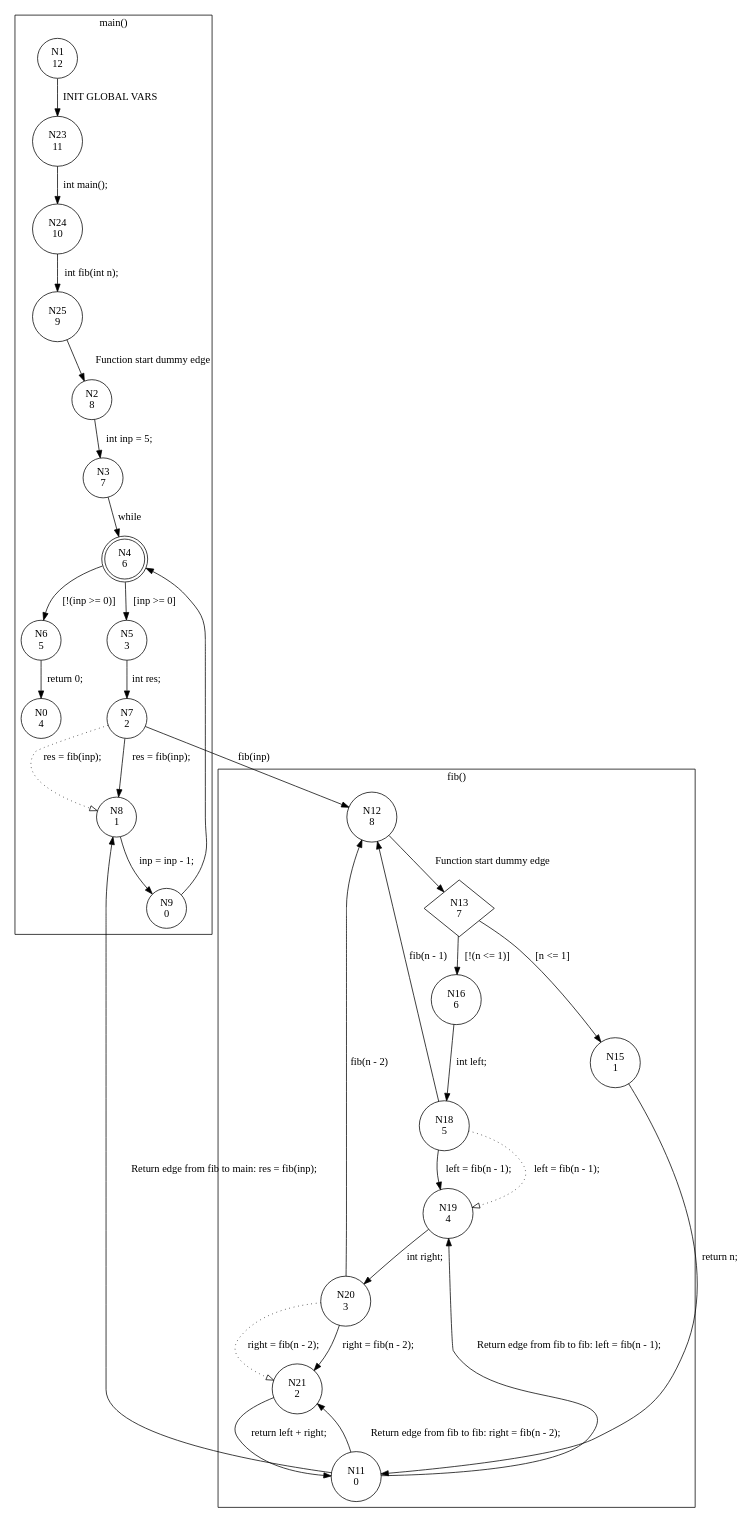
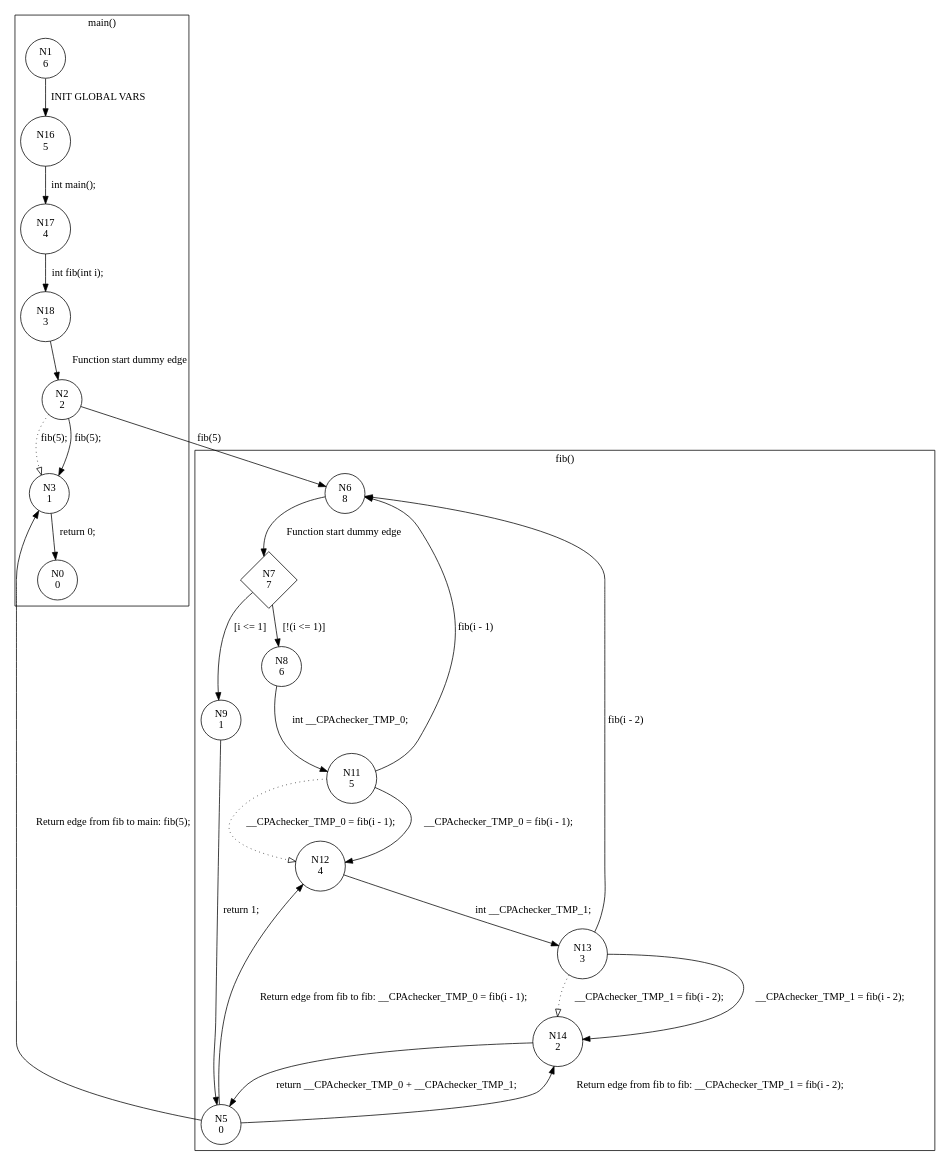
One commit to cedricrupb/NeuralAlgorithmSelection changed the diagram in serving/output/cfa.dot. Above: the diagram before and after it, drawn with Graphviz. The commit also changed 17 other files, not shown here.

```diff
--- a/serving/output/cfa.dot
+++ b/serving/output/cfa.dot
@@ -1,59 +1,46 @@
 digraph CFA {
-1 [shape="circle" label="N1\n12"]
-23 [shape="circle" label="N23\n11"]
-24 [shape="circle" label="N24\n10"]
-25 [shape="circle" label="N25\n9"]
-2 [shape="circle" label="N2\n8"]
-3 [shape="circle" label="N3\n7"]
-4 [shape="doublecircle" label="N4\n6"]
-6 [shape="circle" label="N6\n5"]
-0 [shape="circle" label="N0\n4"]
-5 [shape="circle" label="N5\n3"]
-7 [shape="circle" label="N7\n2"]
-12 [shape="circle" label="N12\n8"]
-13 [shape="diamond" label="N13\n7"]
-16 [shape="circle" label="N16\n6"]
-18 [shape="circle" label="N18\n5"]
-19 [shape="circle" label="N19\n4"]
-20 [shape="circle" label="N20\n3"]
-21 [shape="circle" label="N21\n2"]
-11 [shape="circle" label="N11\n0"]
-8 [shape="circle" label="N8\n1"]
-9 [shape="circle" label="N9\n0"]
-15 [shape="circle" label="N15\n1"]
+1 [shape="circle" label="N1\n6"]
+16 [shape="circle" label="N16\n5"]
+17 [shape="circle" label="N17\n4"]
+18 [shape="circle" label="N18\n3"]
+2 [shape="circle" label="N2\n2"]
+6 [shape="circle" label="N6\n8"]
+7 [shape="diamond" label="N7\n7"]
+8 [shape="circle" label="N8\n6"]
+11 [shape="circle" label="N11\n5"]
+12 [shape="circle" label="N12\n4"]
+13 [shape="circle" label="N13\n3"]
+14 [shape="circle" label="N14\n2"]
+5 [shape="circle" label="N5\n0"]
+3 [shape="circle" label="N3\n1"]
+0 [shape="circle" label="N0\n0"]
+9 [shape="circle" label="N9\n1"]
 node [shape="circle"]
 subgraph cluster_fib {
 label="fib()"
-12 -> 13 [label="Function start dummy edge"]
-13 -> 15 [label="[n <= 1]"]
-13 -> 16 [label="[!(n <= 1)]"]
-16 -> 18 [label="int left;"]
-18 -> 19 [label="left = fib(n - 1);" style="dotted" arrowhead="empty"]
-18 -> 19 [label="left = fib(n - 1);"]
-19 -> 20 [label="int right;"]
-20 -> 21 [label="right = fib(n - 2);" style="dotted" arrowhead="empty"]
-20 -> 21 [label="right = fib(n - 2);"]
-21 -> 11 [label="return left + right;"]
-15 -> 11 [label="return n;"]}
+6 -> 7 [label="Function start dummy edge"]
+7 -> 9 [label="[i <= 1]"]
+7 -> 8 [label="[!(i <= 1)]"]
+8 -> 11 [label="int __CPAchecker_TMP_0;"]
+11 -> 12 [label="__CPAchecker_TMP_0 = fib(i - 1);" style="dotted" arrowhead="empty"]
+11 -> 12 [label="__CPAchecker_TMP_0 = fib(i - 1);"]
+12 -> 13 [label="int __CPAchecker_TMP_1;"]
+13 -> 14 [label="__CPAchecker_TMP_1 = fib(i - 2);" style="dotted" arrowhead="empty"]
+13 -> 14 [label="__CPAchecker_TMP_1 = fib(i - 2);"]
+14 -> 5 [label="return __CPAchecker_TMP_0 + __CPAchecker_TMP_1;"]
+9 -> 5 [label="return 1;"]}
 subgraph cluster_main {
 label="main()"
-1 -> 23 [label="INIT GLOBAL VARS"]
-23 -> 24 [label="int main();"]
-24 -> 25 [label="int fib(int n);"]
-25 -> 2 [label="Function start dummy edge"]
-2 -> 3 [label="int inp = 5;"]
-3 -> 4 [label="while"]
-4 -> 5 [label="[inp >= 0]"]
-4 -> 6 [label="[!(inp >= 0)]"]
-6 -> 0 [label="return 0;"]
-5 -> 7 [label="int res;"]
-7 -> 8 [label="res = fib(inp);" style="dotted" arrowhead="empty"]
-7 -> 8 [label="res = fib(inp);"]
-8 -> 9 [label="inp = inp - 1;"]
-9 -> 4 [label=""]}
-7 -> 12 [label="fib(inp)"]
-18 -> 12 [label="fib(n - 1)"]
-20 -> 12 [label="fib(n - 2)"]
-11 -> 19 [label="Return edge from fib to fib: left = fib(n - 1);"]
-11 -> 21 [label="Return edge from fib to fib: right = fib(n - 2);"]
-11 -> 8 [label="Return edge from fib to main: res = fib(inp);"]}
+1 -> 16 [label="INIT GLOBAL VARS"]
+16 -> 17 [label="int main();"]
+17 -> 18 [label="int fib(int i);"]
+18 -> 2 [label="Function start dummy edge"]
+2 -> 3 [label="fib(5);" style="dotted" arrowhead="empty"]
+2 -> 3 [label="fib(5);"]
+3 -> 0 [label="return 0;"]}
+2 -> 6 [label="fib(5)"]
+11 -> 6 [label="fib(i - 1)"]
+13 -> 6 [label="fib(i - 2)"]
+5 -> 12 [label="Return edge from fib to fib: __CPAchecker_TMP_0 = fib(i - 1);"]
+5 -> 14 [label="Return edge from fib to fib: __CPAchecker_TMP_1 = fib(i - 2);"]
+5 -> 3 [label="Return edge from fib to main: fib(5);"]}
```
